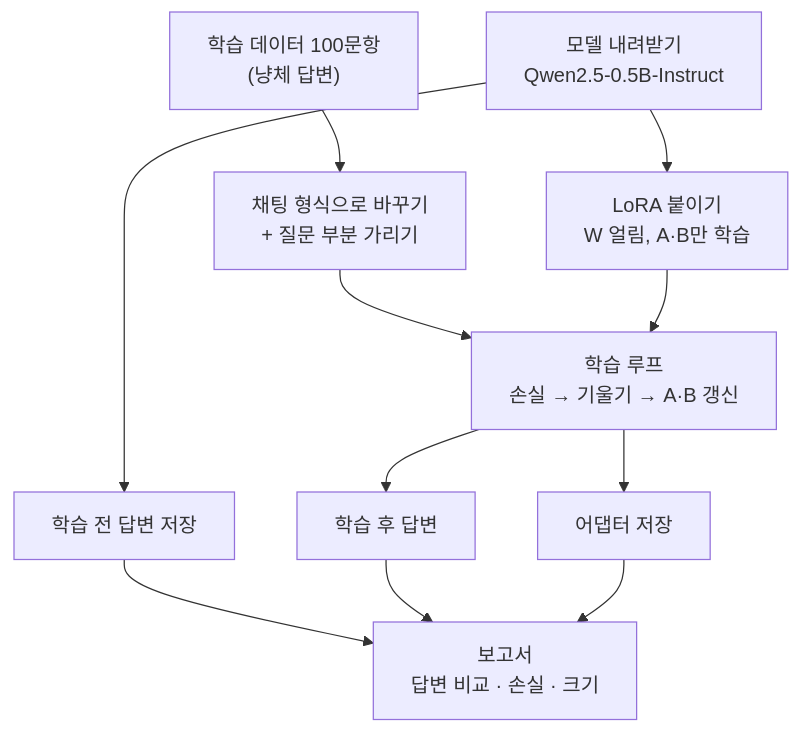
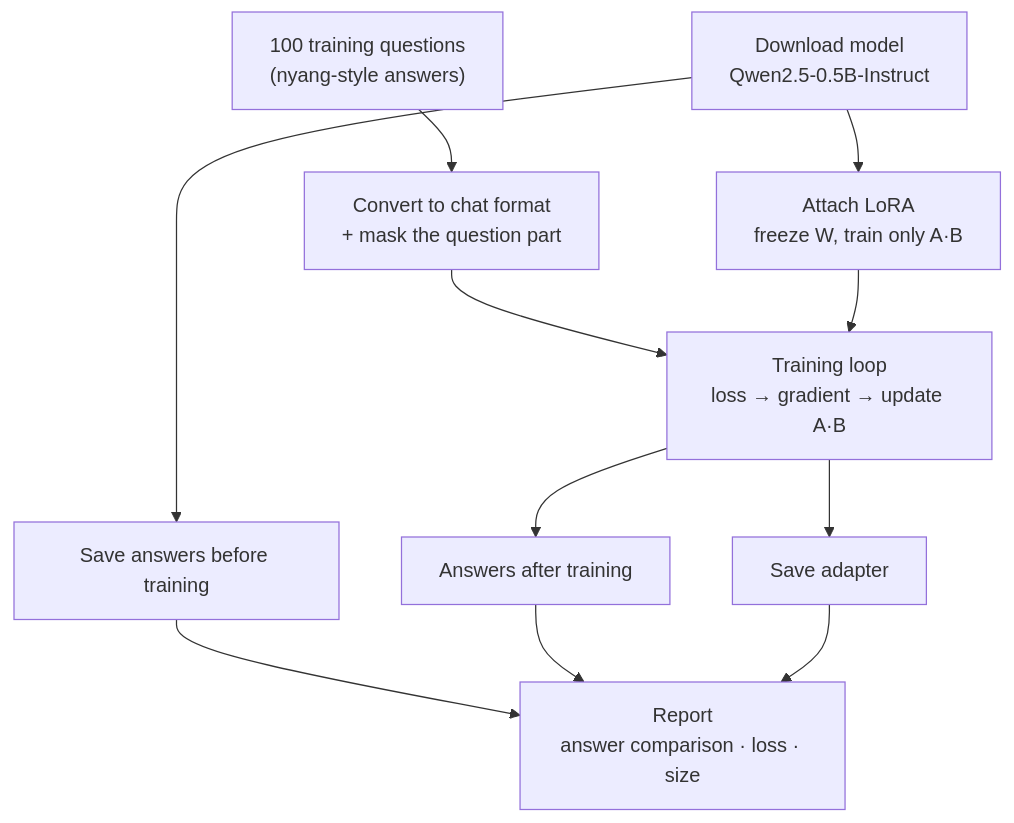
The second of 2 diagrams in README.md (LeeGyeongPil/ai-lab-lora-finetune), drawn with Mermaid before and after one commit. The commit also changed other lines of this file and 2 other files, not shown here.

````diff
--- a/README.md
+++ b/README.md
@@ -152,13 +152,13 @@
 ```mermaid
 flowchart TD
-    D["학습 데이터 100문항<br/>(냥체 답변)"] --> T["채팅 형식으로 바꾸기<br/>+ 질문 부분 가리기"]
-    M["모델 내려받기<br/>Qwen2.5-0.5B-Instruct"] --> BF["학습 전 답변 저장"]
-    M --> P["LoRA 붙이기<br/>W 얼림, A·B만 학습"]
-    T --> L["학습 루프<br/>손실 → 기울기 → A·B 갱신"]
+    D["100 training questions<br/>(nyang-style answers)"] --> T["Convert to chat format<br/>+ mask the question part"]
+    M["Download model<br/>Qwen2.5-0.5B-Instruct"] --> BF["Save answers before training"]
+    M --> P["Attach LoRA<br/>freeze W, train only A·B"]
+    T --> L["Training loop<br/>loss → gradient → update A·B"]
     P --> L
-    L --> S["어댑터 저장"]
-    L --> AF["학습 후 답변"]
-    BF --> R["보고서<br/>답변 비교 · 손실 · 크기"]
+    L --> S["Save adapter"]
+    L --> AF["Answers after training"]
+    BF --> R["Report<br/>answer comparison · loss · size"]
     AF --> R
     S --> R
 ```
````
